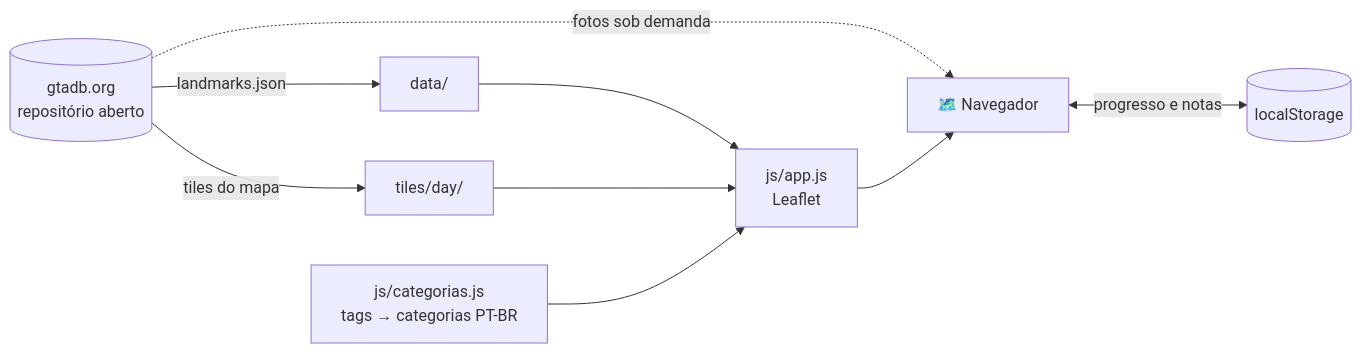
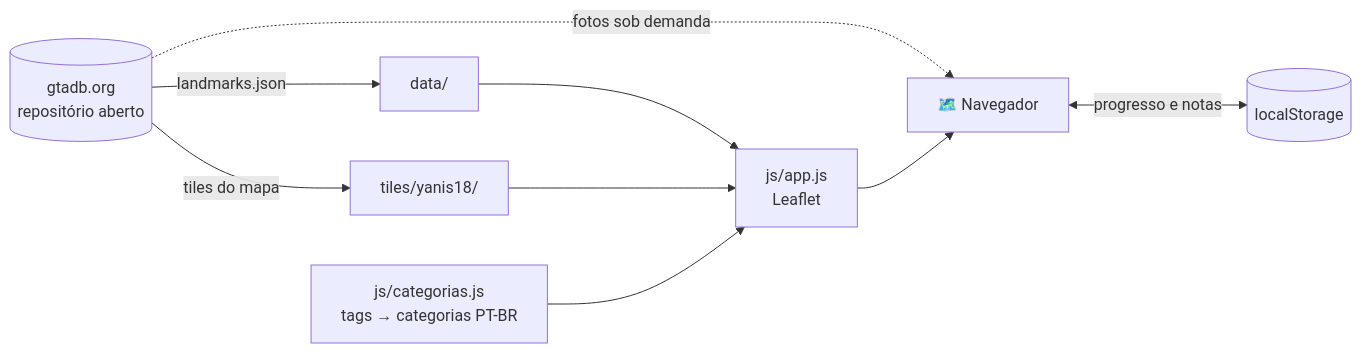
The diagram in README.md (thomaslavruhin/GTA-VI-MAPA-LEONIDA), drawn with Mermaid before and after one commit. The commit also changed other lines of this file and 8837 other files, not shown here.

First line of the commit message:
Troca o mapa base para "yanis,18" (reconstrução da comunidade)

````diff
--- a/README.md
+++ b/README.md
@@ -122,11 +122,11 @@
 ```mermaid
 flowchart LR
     A[(gtadb.org<br/>repositório aberto)] -->|landmarks.json| B[data/]
-    A -->|tiles do mapa| C[tiles/day/]
+    A -->|tiles do mapa| C[tiles/yanis18/]
     A -.->|fotos sob demanda| E
     B --> D[js/app.js<br/>Leaflet]
     C --> D
     F[js/categorias.js<br/>tags → categorias PT-BR] --> D
     D --> E[🗺️ Navegador]
     E <-->|progresso e notas| G[(localStorage)]
 ```
````
